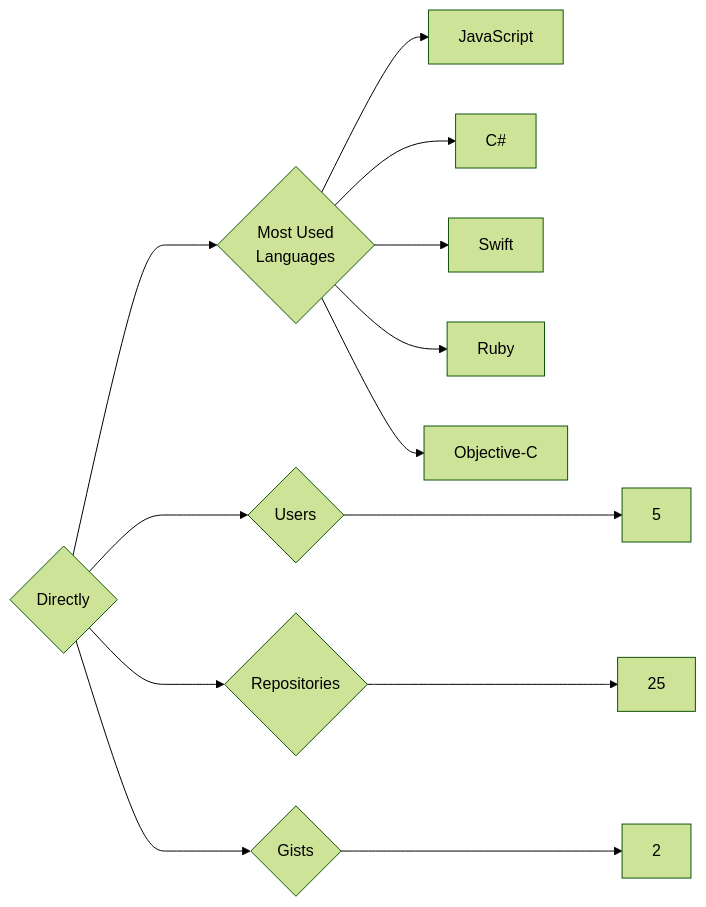
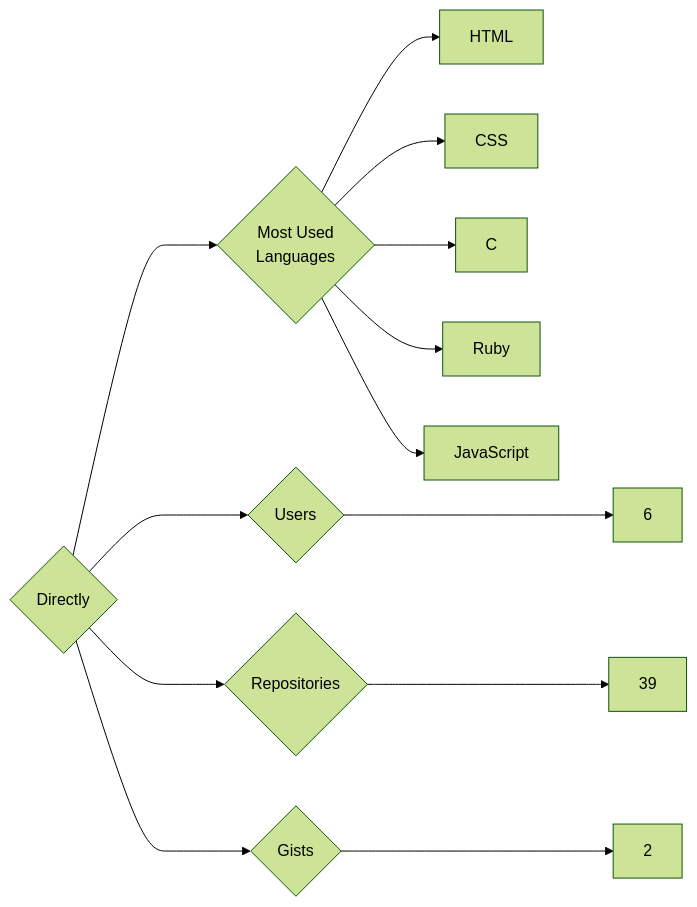
Before and after one commit to trickest/insiders: the diagram in targets/Directly/README.md, drawn with Mermaid (forest theme). The commit also changed 1023 other files, not shown here.

````diff
--- a/targets/Directly/README.md
+++ b/targets/Directly/README.md
@@ -3,13 +3,13 @@
 ```mermaid
 graph LR
 COMPANY_NAME{Directly}
-COMPANY_NAME ---> U{Users} ---> UN[5]
-COMPANY_NAME ---> R{Repositories} ---> RN[25]
+COMPANY_NAME ---> U{Users} ---> UN[6]
+COMPANY_NAME ---> R{Repositories} ---> RN[39]
 COMPANY_NAME ---> G{Gists} ---> GN[2]
 COMPANY_NAME ---> ML{Most Used<br>Languages}
+ML --> HTML[HTML]
+ML --> CSS[CSS]
+ML --> C[C]
+ML --> Ruby[Ruby]
 ML --> JavaScript[JavaScript]
-ML --> C#[C#]
-ML --> Swift[Swift]
-ML --> Ruby[Ruby]
-ML --> Objective-C[Objective-C]
 ```
````
